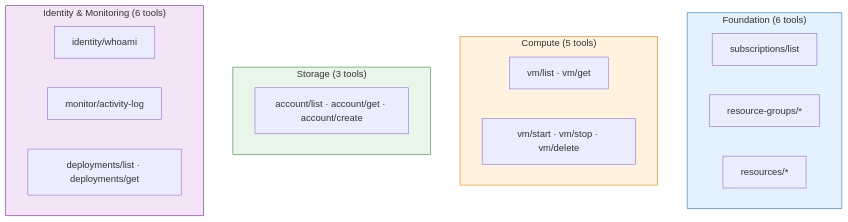
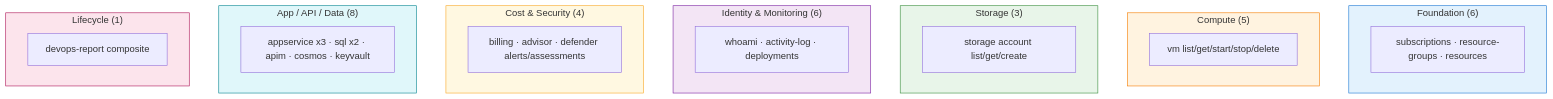
Before and after one commit to pxkundu/azure-observer-mcp: the second of 3 diagrams in README.md, drawn with Mermaid. The commit also changed other lines of this file and 28 other files, not shown here.

Commit message:
Updated new tools with Cost, Security and AppDev features

````diff
--- a/README.md
+++ b/README.md
@@ -78,32 +78,38 @@
 ```mermaid
 graph TD
-    subgraph Foundation["Foundation (6 tools)"]
-        direction LR
-        F1["subscriptions/list"]
-        F2["resource-groups/*"]
-        F3["resources/*"]
+    subgraph Foundation["Foundation (6)"]
+        F1["subscriptions · resource-groups · resources"]
     end
 
-    subgraph Compute["Compute (5 tools)"]
-        direction LR
-        C1["vm/list · vm/get"]
-        C2["vm/start · vm/stop · vm/delete"]
+    subgraph Compute["Compute (5)"]
+        C1["vm list/get/start/stop/delete"]
     end
 
-    subgraph Storage["Storage (3 tools)"]
-        direction LR
-        S1["account/list · account/get · account/create"]
+    subgraph Storage["Storage (3)"]
+        S1["storage account list/get/create"]
     end
 
-    subgraph Observe["Identity & Monitoring (6 tools)"]
-        direction LR
-        O1["identity/whoami"]
-        O2["monitor/activity-log"]
-        O3["deployments/list · deployments/get"]
+    subgraph Observe["Identity & Monitoring (6)"]
+        O1["whoami · activity-log · deployments"]
+    end
+
+    subgraph CostSec["Cost & Security (4)"]
+        CS["billing · advisor · defender alerts/assessments"]
+    end
+
+    subgraph AppStack["App / API / Data (8)"]
+        AS["appservice x3 · sql x2 · apim · cosmos · keyvault"]
+    end
+
+    subgraph Lifecycle["Lifecycle (1)"]
+        L1["devops-report composite"]
     end
 
     style Foundation fill:#e3f2fd,stroke:#1976D2
     style Compute fill:#fff3e0,stroke:#F57C00
     style Storage fill:#e8f5e9,stroke:#388E3C
     style Observe fill:#f3e5f5,stroke:#7B1FA2
+    style CostSec fill:#fff8e1,stroke:#F9A825
+    style AppStack fill:#e0f7fa,stroke:#00838F
+    style Lifecycle fill:#fce4ec,stroke:#AD1457
 ```
````
